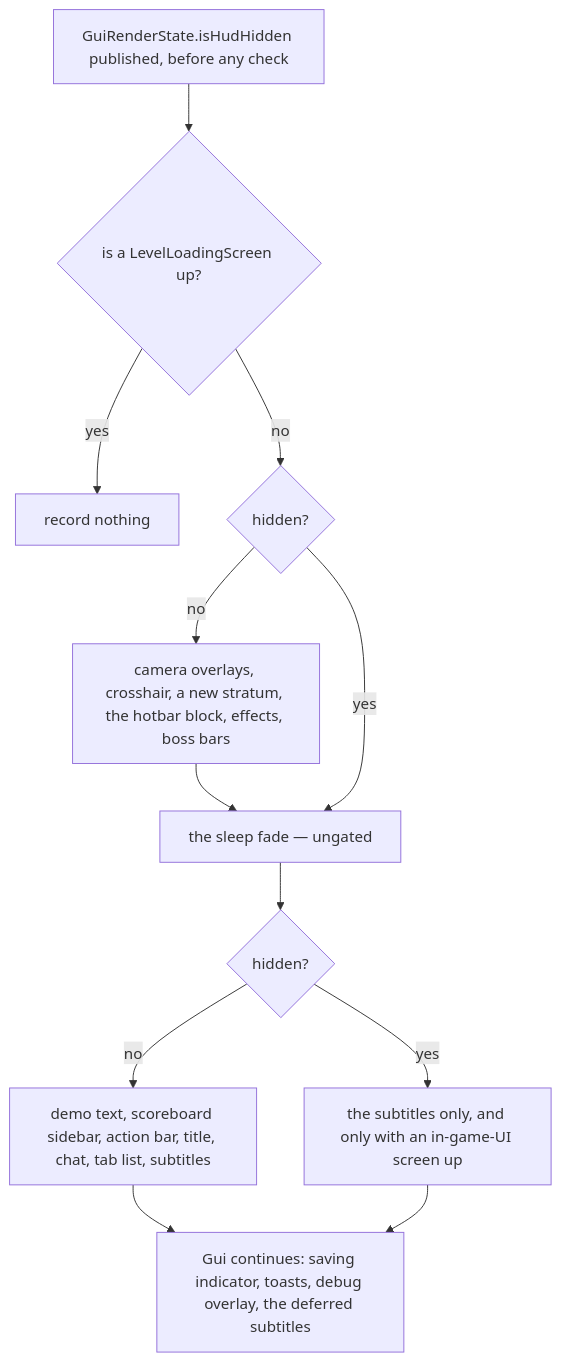
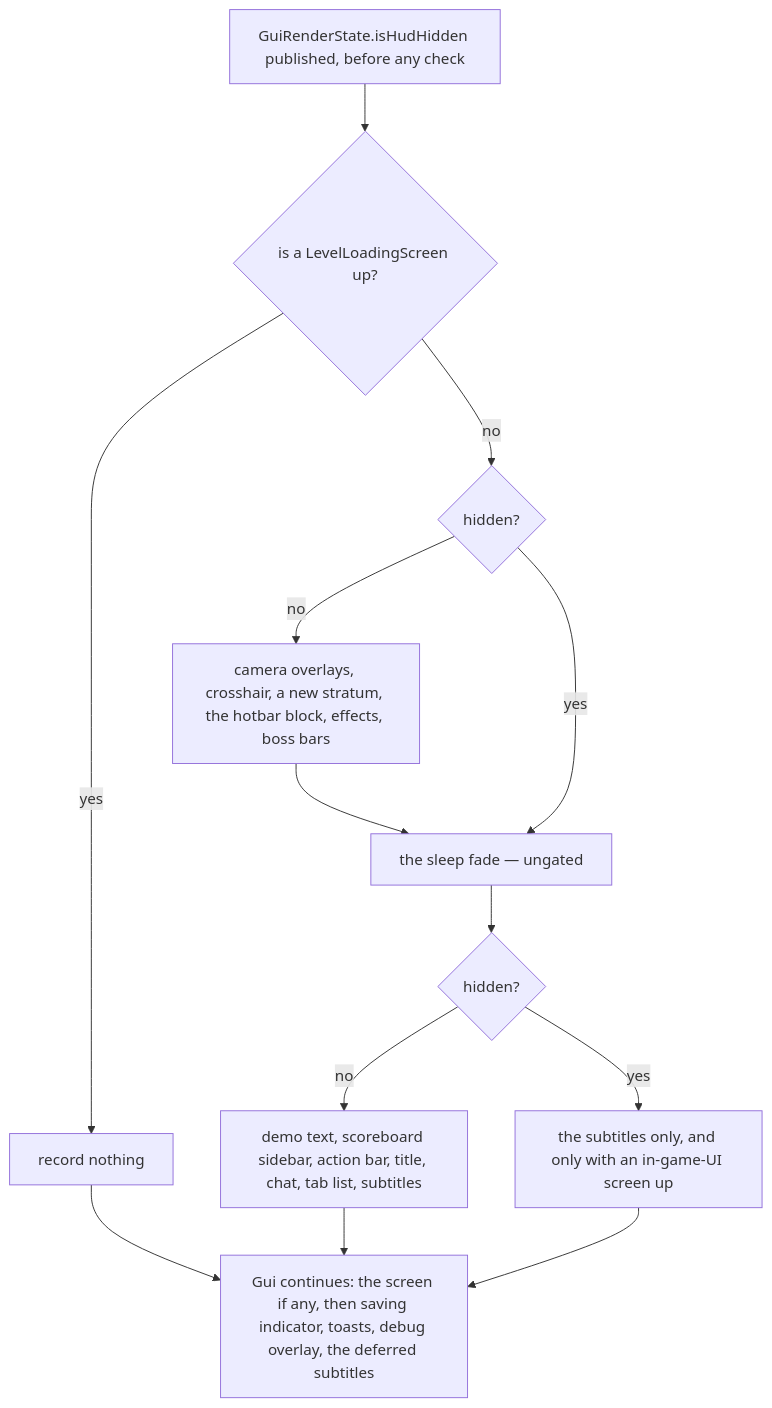
One commit to AlexanderjFraser/MinecraftDocs changed the first of 2 diagrams in src/systems/client/hud.md. Above: the diagram before and after it, drawn with Mermaid. The commit also changed other lines of this file and 33 other files, not shown here.

````diff
--- a/src/systems/client/hud.md
+++ b/src/systems/client/hud.md
@@ -23,21 +23,21 @@
 ```mermaid
 flowchart TD
     PUB["GuiRenderState.isHudHidden published, before any check"]
     LLS{"is a LevelLoadingScreen up?"}
     STOP["record nothing"]
     H1{"hidden?"}
     A["camera overlays, crosshair, a new stratum, the hotbar block, effects, boss bars"]
     SLEEP["the sleep fade — ungated"]
     H2{"hidden?"}
     B["demo text, scoreboard sidebar, action bar, title, chat, tab list, subtitles"]
     B2["the subtitles only, and only with an in-game-UI screen up"]
-    GUI["Gui continues: saving indicator, toasts, debug overlay, the deferred subtitles"]
+    GUI["Gui continues: the screen if any, then saving indicator, toasts, debug overlay, the deferred subtitles"]
     PUB --> LLS
-    LLS -- "yes" --> STOP
+    LLS -- "yes" --> STOP --> GUI
     LLS -- "no" --> H1
     H1 -- "no" --> A --> SLEEP
     H1 -- "yes" --> SLEEP
     SLEEP --> H2
     H2 -- "no" --> B --> GUI
     H2 -- "yes" --> B2 --> GUI
 ```
````
